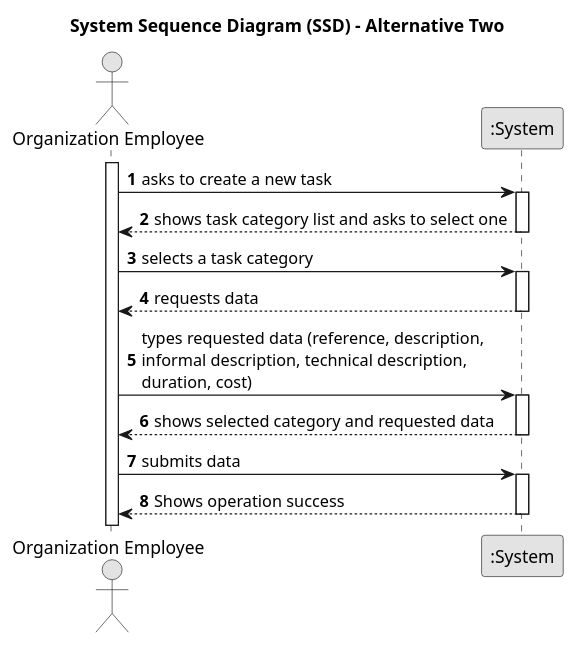
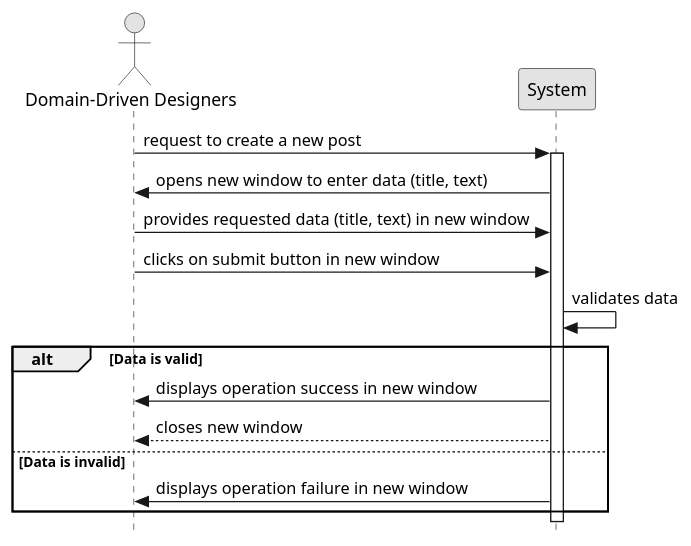
The diagram in docs/sprint01/us004/01.requirements-engineering/puml/us006-system-sequence-diagram-alternative-two.puml (TiagoMagalhaes1232507/Testando-projeto), drawn with PlantUML before and after one commit. The commit also changed 3 other files, not shown here.

Commit message:
As a registered user, I want to create a discussion.

```diff
--- a/docs/sprint01/us004/01.requirements-engineering/puml/us006-system-sequence-diagram-alternative-two.puml
+++ b/docs/sprint01/us004/01.requirements-engineering/puml/us006-system-sequence-diagram-alternative-two.puml
@@ -1,39 +1,23 @@
 @startuml
 skinparam monochrome true
 skinparam packageStyle rectangle
 skinparam shadowing false
+skinparam style strictuml
 
-title System Sequence Diagram (SSD) - Alternative Two
+actor "Domain-Driven Designers" as User
+participant System as System
 
-autonumber
+User -> System: request to create a new post
+activate System
+System -> User: opens new window to enter data (title, text)
+User -> System: provides requested data (title, text) in new window
+User -> System: clicks on submit button in new window
+System -> System: validates data
+alt Data is valid
+    System -> User: displays operation success in new window
+    System --> User: closes new window
+else Data is invalid
+    System -> User: displays operation failure in new window
+end
 
-actor "Organization Employee" as Employee
-participant ":System" as System
-
-activate Employee
-
-    Employee -> System : asks to create a new task
-    activate System
-
-        System --> Employee : shows task category list and asks to select one
-        'System --> Employee : shows task categories list\n and requests data (reference,\ndescription,\ninformation description,\ntechnical description,\nduration, cost)
-    deactivate System
-
-    Employee -> System : selects a task category
-    activate System
-
-        System --> Employee : requests data
-    deactivate System
-
-    Employee -> System : types requested data (reference, description, \ninformal description, technical description,\nduration, cost)
-    activate System
-
-        System --> Employee : shows selected category and requested data
-    deactivate System
-
-    Employee -> System : submits data
-    activate System
-
-        System --> Employee : Shows operation success
-    deactivate System
 @enduml
```
